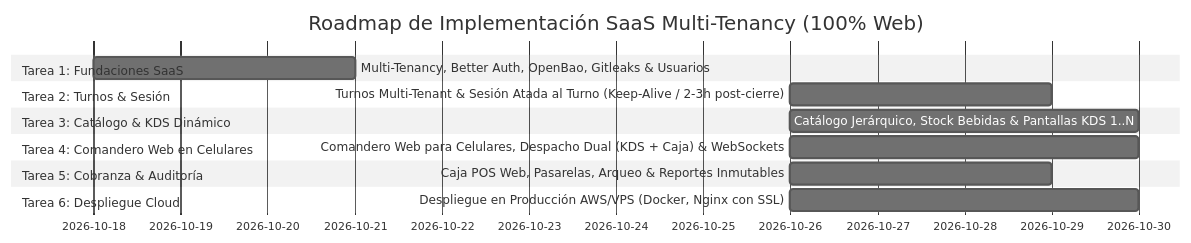
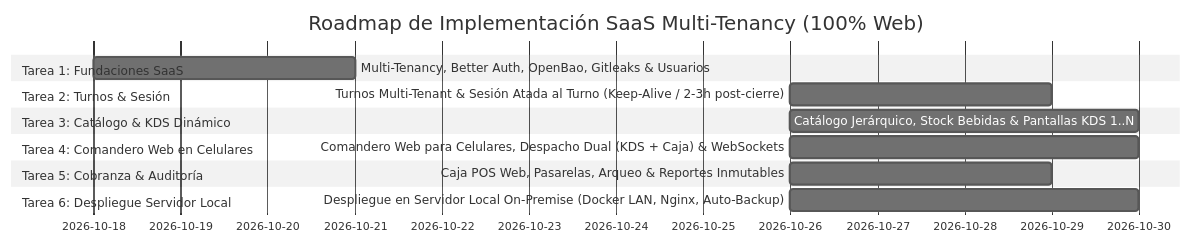
Before and after one commit to ang3lSm1th/Chifasas: the diagram in Spec/constitution/roadmap.md, drawn with Mermaid (neutral theme). The commit also changed other lines of this file and 14 other files, not shown here.

Commit message:
feat(tarea6): redefinir despliegue en servidor local on-premise LAN, proxy nginx y respaldos automaticos

````diff
--- a/Spec/constitution/roadmap.md
+++ b/Spec/constitution/roadmap.md
@@ -5,17 +5,17 @@
 ```mermaid
 gantt
     title Roadmap de Implementación SaaS Multi-Tenancy (100% Web)
     dateFormat  YYYY-MM-DD
     section Tarea 1: Fundaciones SaaS
     Multi-Tenancy, Better Auth, OpenBao, Gitleaks & Usuarios :2026-10-18, 3d
     section Tarea 2: Turnos & Sesión
     Turnos Multi-Tenant & Sesión Atada al Turno (Keep-Alive / 2-3h post-cierre) :after a1, 3d
     section Tarea 3: Catálogo & KDS Dinámico
     Catálogo Jerárquico, Stock Bebidas & Pantallas KDS 1..N :after a2, 4d
     section Tarea 4: Comandero Web en Celulares
     Comandero Web para Celulares, Despacho Dual (KDS + Caja) & WebSockets :after a3, 4d
     section Tarea 5: Cobranza & Auditoría
     Caja POS Web, Pasarelas, Arqueo & Reportes Inmutables :after a4, 3d
-    section Tarea 6: Despliegue Cloud
-    Despliegue en Producción AWS/VPS (Docker, Nginx con SSL) :after a5, 4d
+    section Tarea 6: Despliegue Servidor Local
+    Despliegue en Servidor Local On-Premise (Docker LAN, Nginx, Auto-Backup) :after a5, 4d
 ```
````
